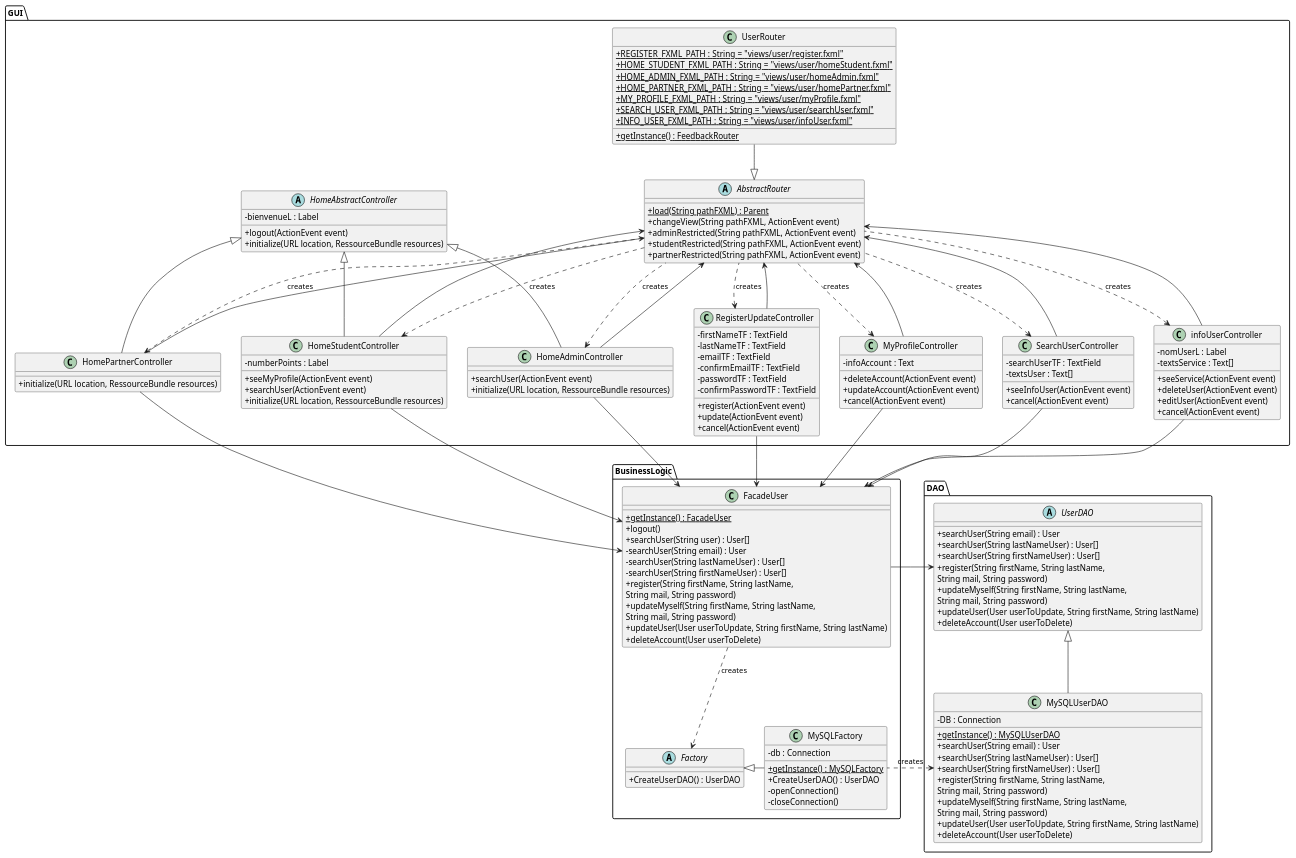
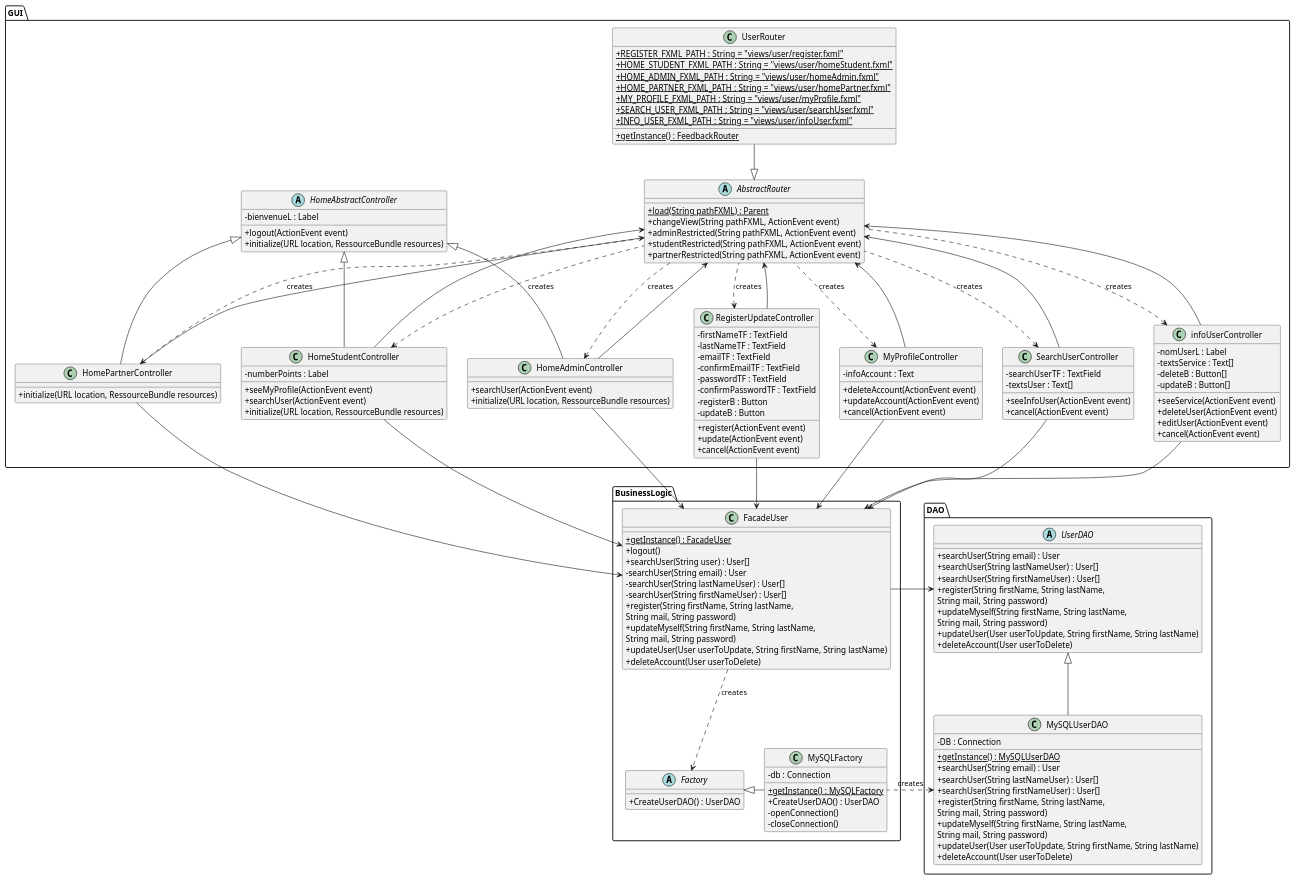
Before and after one commit to guiguie34/StudEasy: the diagram in project_diagrams/classDiagrams/userManagement.puml, drawn with PlantUML. The commit also changed 2 other files, not shown here.

```diff
--- a/project_diagrams/classDiagrams/userManagement.puml
+++ b/project_diagrams/classDiagrams/userManagement.puml
@@ -1,178 +1,182 @@
 @startuml
 skinparam classAttributeIconSize 0
 
 package GUI{
     abstract class AbstractRouter{
         + {static} load(String pathFXML) : Parent
         + changeView(String pathFXML, ActionEvent event)
         + adminRestricted(String pathFXML, ActionEvent event)
         + studentRestricted(String pathFXML, ActionEvent event)
         + partnerRestricted(String pathFXML, ActionEvent event)
     }
 
     class UserRouter{
         + {static} REGISTER_FXML_PATH : String = "views/user/register.fxml"
         + {static} HOME_STUDENT_FXML_PATH : String = "views/user/homeStudent.fxml"
         + {static} HOME_ADMIN_FXML_PATH : String = "views/user/homeAdmin.fxml"
         + {static} HOME_PARTNER_FXML_PATH : String = "views/user/homePartner.fxml"
         + {static} MY_PROFILE_FXML_PATH : String = "views/user/myProfile.fxml"
         + {static} SEARCH_USER_FXML_PATH : String = "views/user/searchUser.fxml"
         + {static} INFO_USER_FXML_PATH : String = "views/user/infoUser.fxml"
         + {static} getInstance() : FeedbackRouter
     }
 
     abstract class HomeAbstractController{
         - bienvenueL : Label
         + logout(ActionEvent event)
         + initialize(URL location, RessourceBundle resources)
     }
 
     class HomePartnerController{
         + initialize(URL location, RessourceBundle resources)
     }
 
     class HomeStudentController{
         - numberPoints : Label
         + seeMyProfile(ActionEvent event)
         + searchUser(ActionEvent event)
         + initialize(URL location, RessourceBundle resources)
     }
 
     class HomeAdminController{
         + searchUser(ActionEvent event)
         + initialize(URL location, RessourceBundle resources)
     }
 
     class RegisterUpdateController{
         - firstNameTF : TextField
         - lastNameTF : TextField
         - emailTF : TextField
         - confirmEmailTF : TextField
         - passwordTF : TextField
         - confirmPasswordTF : TextField
+        - registerB : Button
+        - updateB : Button
         + register(ActionEvent event)
         + update(ActionEvent event)
         + cancel(ActionEvent event)
     }
 
     class MyProfileController{
         - infoAccount : Text
         + deleteAccount(ActionEvent event)
         + updateAccount(ActionEvent event)
         + cancel(ActionEvent event)
     }
 
     class SearchUserController{
         - searchUserTF : TextField
         - textsUser : Text[]
         + seeInfoUser(ActionEvent event)
         + cancel(ActionEvent event)
     }
 
     class infoUserController{
         - nomUserL : Label
         - textsService : Text[]
+        - deleteB : Button[]
+        - updateB : Button[]
         + seeService(ActionEvent event)
         + deleteUser(ActionEvent event)
         + editUser(ActionEvent event)
         + cancel(ActionEvent event)
     }
 
     HomePartnerController -up-|> HomeAbstractController
     HomeStudentController -up-|> HomeAbstractController
     HomeAdminController -up-|> HomeAbstractController
 
     HomePartnerController -up-> AbstractRouter
     HomeStudentController -up-> AbstractRouter
     HomeAdminController -up-> AbstractRouter
     RegisterUpdateController -up-> AbstractRouter
     MyProfileController -up-> AbstractRouter
     SearchUserController -up-> AbstractRouter
     infoUserController -up-> AbstractRouter
 
     HomePartnerController <.. AbstractRouter : creates
     HomeStudentController <.. AbstractRouter : creates
     HomeAdminController <.. AbstractRouter : creates
     RegisterUpdateController <.. AbstractRouter : creates
     MyProfileController <.. AbstractRouter : creates
     SearchUserController <.. AbstractRouter : creates
     infoUserController <.. AbstractRouter : creates
 
     UserRouter -down-|> AbstractRouter
 
 }
 
 package BusinessLogic{
     class FacadeUser{
         + {static} getInstance() : FacadeUser
         + logout()
         + searchUser(String user) : User[]
         - searchUser(String email) : User
         - searchUser(String lastNameUser) : User[]
         - searchUser(String firstNameUser) : User[]
         + register(String firstName, String lastName,
         String mail, String password)
         + updateMyself(String firstName, String lastName,
         String mail, String password)
         + updateUser(User userToUpdate, String firstName, String lastName)
         + deleteAccount(User userToDelete)
     }
 
     abstract class Factory{
         + CreateUserDAO() : UserDAO
     }
 
     class MySQLFactory{
         - db : Connection
         + {static} getInstance() : MySQLFactory
         + CreateUserDAO() : UserDAO
         - openConnection()
         - closeConnection()
     }
 
     FacadeUser ..> Factory  : creates
     MySQLFactory -left-|> Factory
 
     HomePartnerController --> FacadeUser
     HomeStudentController --> FacadeUser
     HomeAdminController --> FacadeUser
     RegisterUpdateController --> FacadeUser
     MyProfileController --> FacadeUser
     SearchUserController --> FacadeUser
     infoUserController --> FacadeUser
 }
 
 package DAO{
     abstract class UserDAO{
         + searchUser(String email) : User
         + searchUser(String lastNameUser) : User[]
         + searchUser(String firstNameUser) : User[]
         + register(String firstName, String lastName,
         String mail, String password)
         + updateMyself(String firstName, String lastName,
         String mail, String password)
         + updateUser(User userToUpdate, String firstName, String lastName)
         + deleteAccount(User userToDelete)
     }
 
     class MySQLUserDAO{
         - DB : Connection
         + {static} getInstance() : MySQLUserDAO
         + searchUser(String email) : User
         + searchUser(String lastNameUser) : User[]
         + searchUser(String firstNameUser) : User[]
         + register(String firstName, String lastName,
         String mail, String password)
         + updateMyself(String firstName, String lastName,
         String mail, String password)
         + updateUser(User userToUpdate, String firstName, String lastName)
         + deleteAccount(User userToDelete)
     }
 
     UserDAO <|-- MySQLUserDAO
     UserDAO <-right- FacadeUser
 
     MySQLUserDAO <.right. MySQLFactory : creates
 }
 
 @enduml
```
